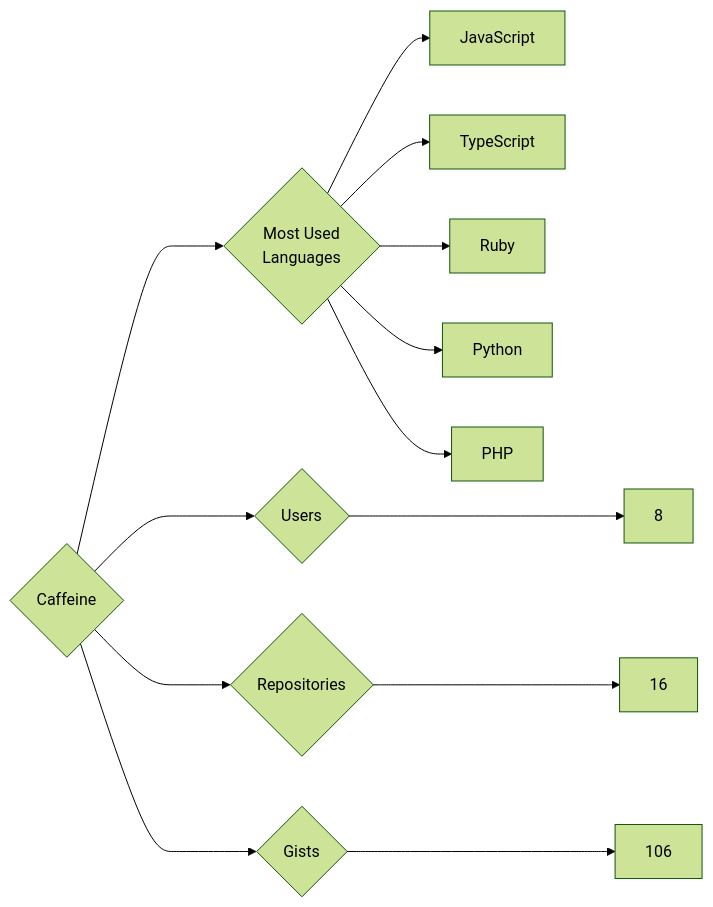
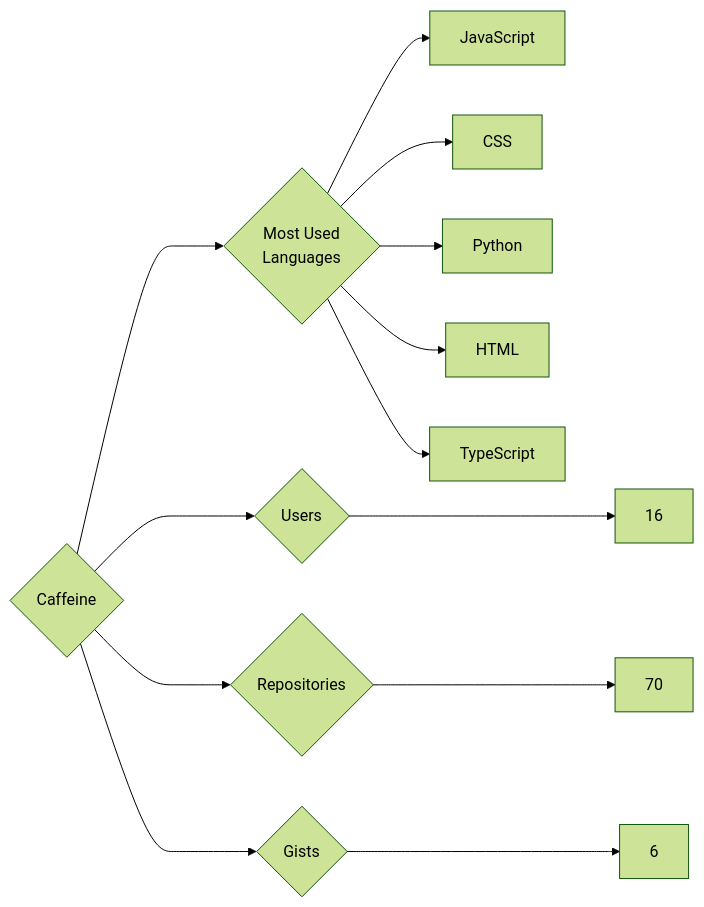
Before and after one commit to trickest/insiders: the diagram in targets/Caffeine/README.md, drawn with Mermaid (forest theme). The commit also changed 872 other files, not shown here.

````diff
--- a/targets/Caffeine/README.md
+++ b/targets/Caffeine/README.md
@@ -3,13 +3,13 @@
 ```mermaid
 graph LR
 COMPANY_NAME{Caffeine}
-COMPANY_NAME ---> U{Users} ---> UN[8]
-COMPANY_NAME ---> R{Repositories} ---> RN[16]
-COMPANY_NAME ---> G{Gists} ---> GN[106]
+COMPANY_NAME ---> U{Users} ---> UN[16]
+COMPANY_NAME ---> R{Repositories} ---> RN[70]
+COMPANY_NAME ---> G{Gists} ---> GN[6]
 COMPANY_NAME ---> ML{Most Used<br>Languages}
 ML --> JavaScript[JavaScript]
+ML --> CSS[CSS]
+ML --> Python[Python]
+ML --> HTML[HTML]
 ML --> TypeScript[TypeScript]
-ML --> Ruby[Ruby]
-ML --> Python[Python]
-ML --> PHP[PHP]
 ```
````
